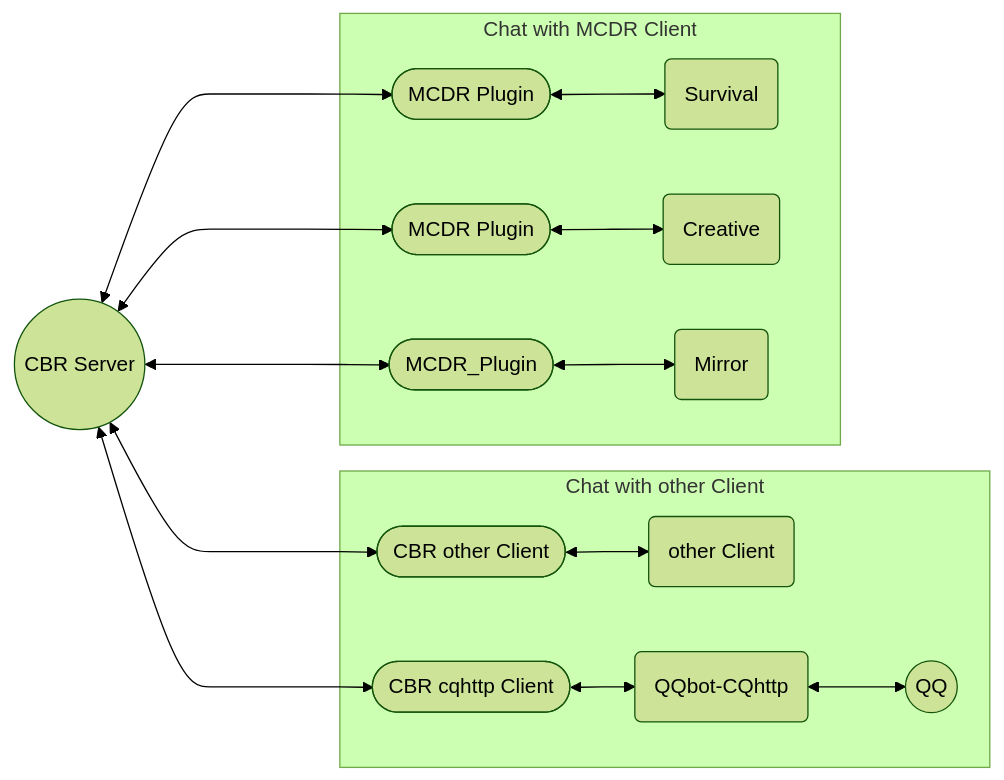
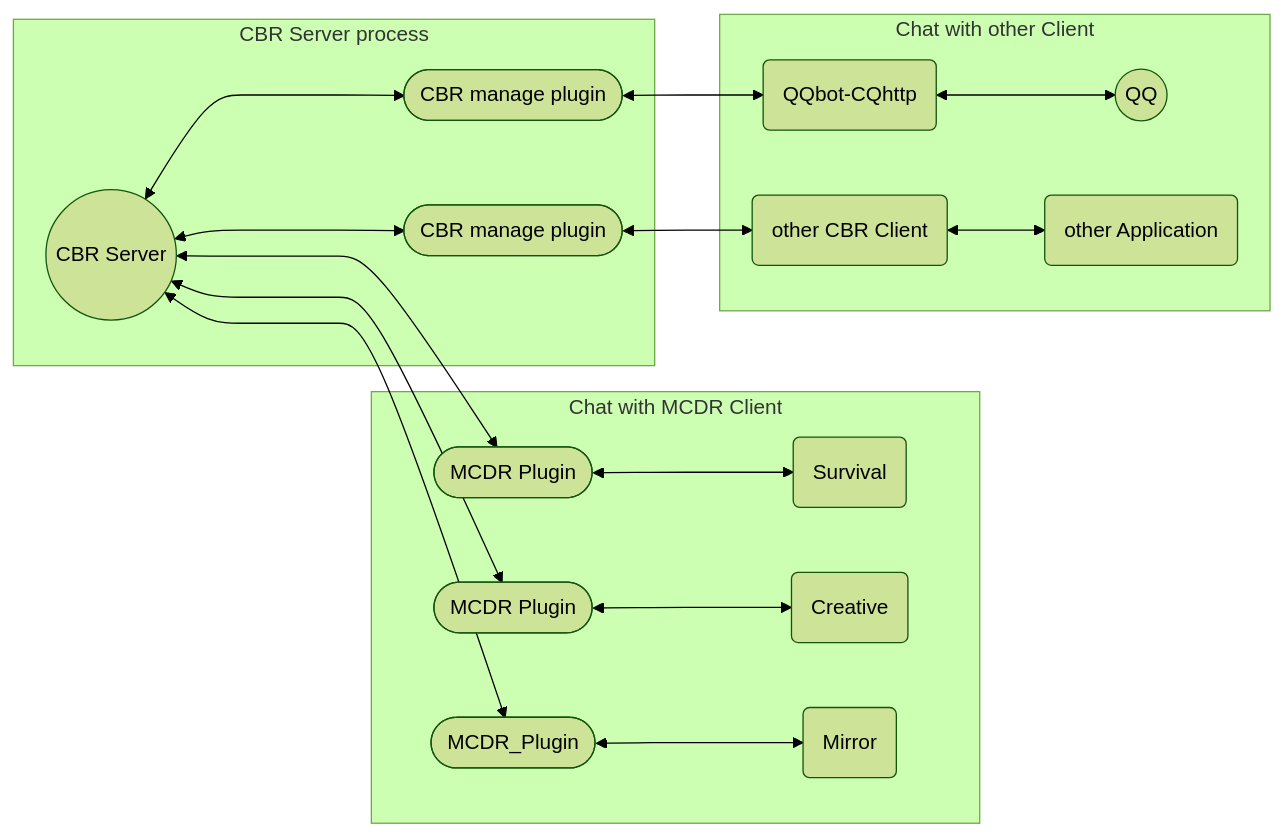
Before and after one commit to R1ckyH/ChatBridgeReforged: the diagram in doc/mermaid.md, drawn with Mermaid (forest theme). The commit also changed 3 other files, not shown here.

````diff
--- a/doc/mermaid.md
+++ b/doc/mermaid.md
@@ -1,18 +1,21 @@
 ```mermaid
 flowchart LR
-  Server((CBR Server))
-  Server<---->plugin1([MCDR Plugin])
-  Server<---->plugin2([MCDR Plugin])
-  Server<---->plugin3([MCDR_Plugin])
-  Server<---->client1([CBR other Client])
-  Server<---->client2([CBR cqhttp Client])
-  subgraph Chat with other Client
-    client1<-->other(other Client)
-    client2<-->qqbot(QQbot-CQhttp)<-->QQ((QQ))
+  subgraph CBR Server process
+    Server((CBR Server))
+    Server<---->plugin1([CBR manage plugin])
+    Server<---->plugin2([CBR manage plugin])
   end
   subgraph Chat with MCDR Client
-    plugin1<-->survival(Survival)
-    plugin2<-->creative(Creative)
-    plugin3<-->mirror(Mirror)
+    mcdr_plugin1<-->survival(Survival)
+    mcdr_plugin2<-->creative(Creative)
+    mcdr_plugin3<-->mirror(Mirror)
   end
+  subgraph Chat with other Client
+    plugin1<-->other(other CBR Client)
+    plugin2<-->qqbot(QQbot-CQhttp)<-->QQ((QQ))
+    other<-->other_software(other Application)
+  end
+  Server<---->mcdr_plugin1([MCDR Plugin])
+  Server<---->mcdr_plugin2([MCDR Plugin])
+  Server<---->mcdr_plugin3([MCDR_Plugin])
 ```
````
